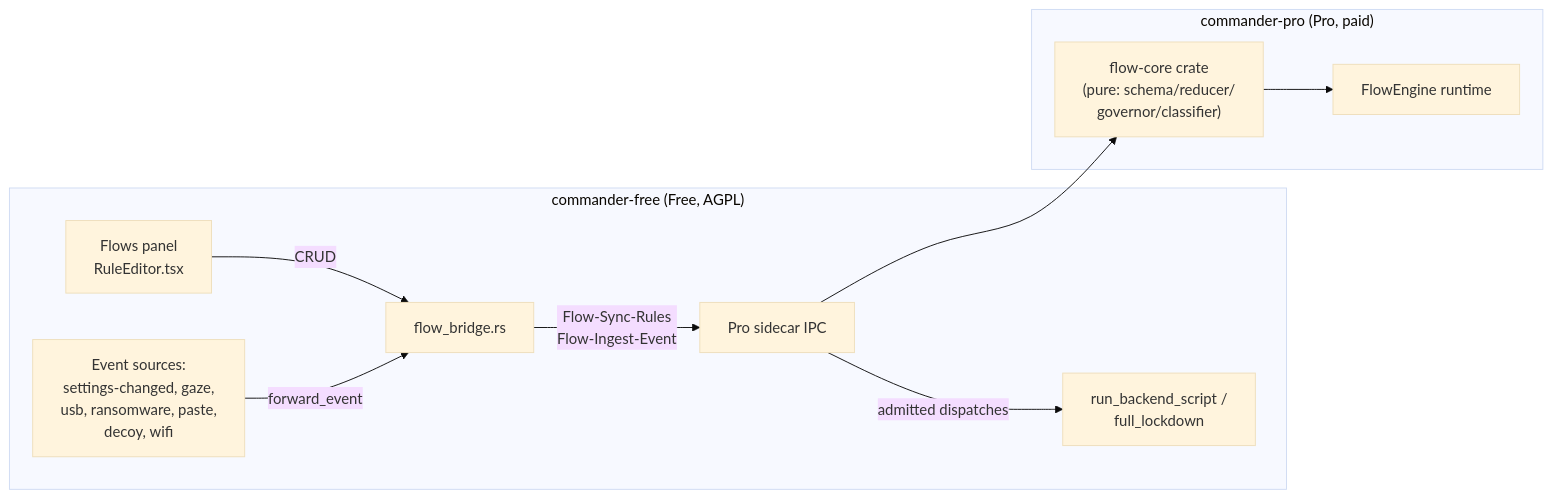
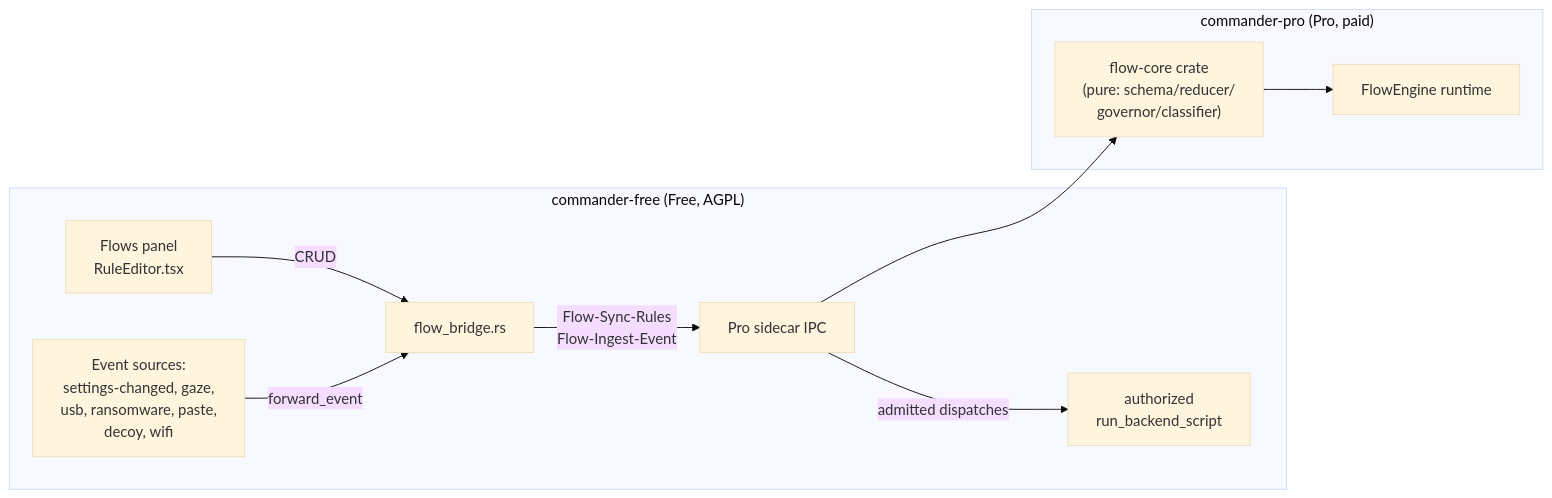
The first of 2 diagrams in docs/product/flows.md (servalabs/wincommander), drawn with Mermaid (base theme) before and after one commit. The commit also changed other lines of this file and 36 other files, not shown here.

````diff
--- a/docs/product/flows.md
+++ b/docs/product/flows.md
@@ -20,13 +20,13 @@
 ```mermaid
 flowchart LR
   subgraph free["commander-free (Free, AGPL)"]
     UI[Flows panel<br/>RuleEditor.tsx] -->|CRUD| BRIDGE[flow_bridge.rs]
     EVT[Event sources:<br/>settings-changed, gaze,<br/>usb, ransomware, paste,<br/>decoy, wifi] -->|forward_event| BRIDGE
     BRIDGE -->|"Flow-Sync-Rules<br/>Flow-Ingest-Event"| IPC[Pro sidecar IPC]
-    IPC -->|admitted dispatches| EXEC["run_backend_script /<br/>full_lockdown"]
+    IPC -->|admitted dispatches| EXEC["authorized<br/>run_backend_script"]
   end
   subgraph pro["commander-pro (Pro, paid)"]
     IPC --> CORE["flow-core crate<br/>(pure: schema/reducer/<br/>governor/classifier)"]
     CORE --> ENGINE[FlowEngine runtime]
   end
 ```
````
